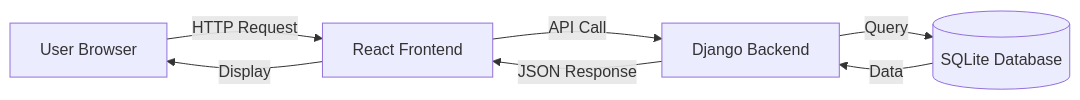
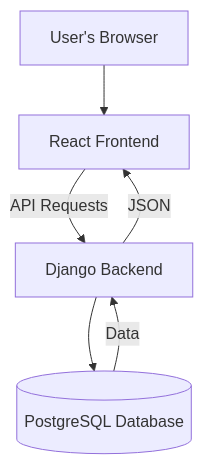
Before and after one commit to umarkashif21/ZaraiLink: the first of 10 diagrams in COMPLETE_SYSTEM_GUIDE.md, drawn with Mermaid. The commit also changed other lines of this file and 2 other files, not shown here.

````diff
--- a/COMPLETE_SYSTEM_GUIDE.md
+++ b/COMPLETE_SYSTEM_GUIDE.md
@@ -26,9 +226,8 @@
 ```mermaid
-graph LR
-    A[User Browser] -->|HTTP Request| B[React Frontend]
-    B -->|API Call| C[Django Backend]
-    C -->|Query| D[(SQLite Database)]
+graph TB
+    A[User's Browser] --> B[React Frontend]
+    B -->|API Requests| C[Django Backend]
+    C --> D[(PostgreSQL Database)]
     D -->|Data| C
-    C -->|JSON Response| B
-    B -->|Display| A
+    C -->|JSON| B
 ```
````
